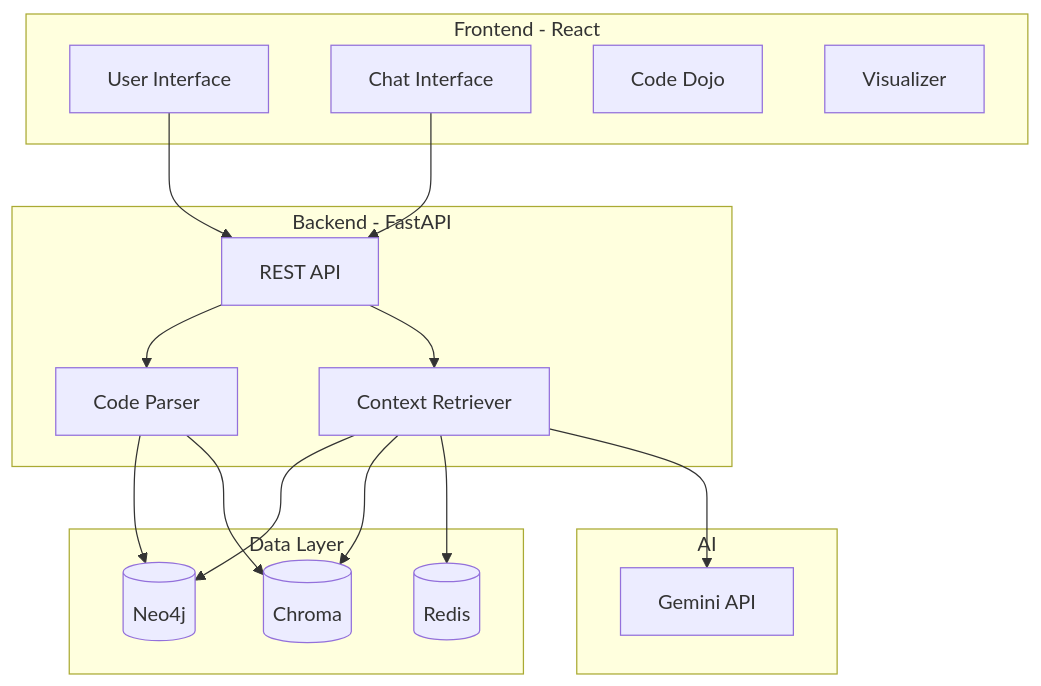
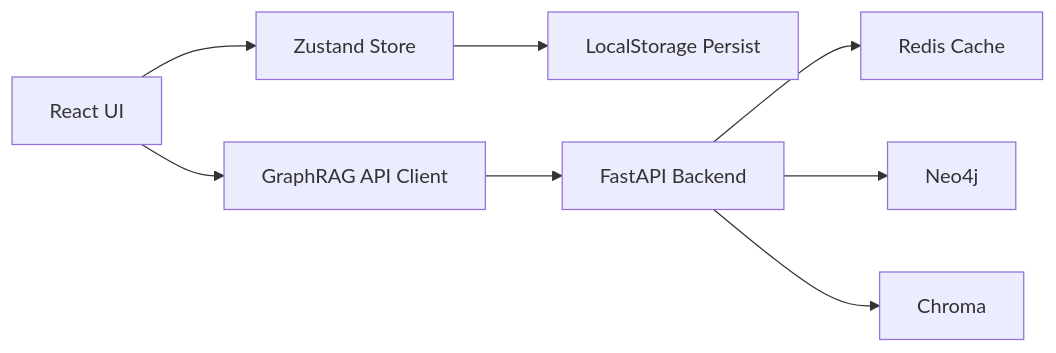
The seventh of 7 diagrams in README.md (Ishan-K9868/socraticDev-final), drawn with Mermaid before and after one commit. The commit also changed other lines of this file, not shown here.

````diff
--- a/README.md
+++ b/README.md
@@ -128,36 +3619,10 @@
 ```mermaid
-graph TB
-    subgraph "Frontend - React"
-        UI[User Interface]
-        CHAT[Chat Interface]
-        DOJO[Code Dojo]
-        VIZ[Visualizer]
-    end
-
-    subgraph "Backend - FastAPI"
-        API[REST API]
-        PARSE[Code Parser]
-        CONTEXT[Context Retriever]
-    end
-
-    subgraph "Data Layer"
-        NEO4J[(Neo4j)]
-        CHROMA[(Chroma)]
-        REDIS[(Redis)]
-    end
-
-    subgraph "AI"
-        GEMINI[Gemini API]
-    end
-
-    UI --> API
-    CHAT --> API
-    API --> PARSE
-    API --> CONTEXT
-    PARSE --> NEO4J
-    PARSE --> CHROMA
-    CONTEXT --> NEO4J
-    CONTEXT --> CHROMA
-    CONTEXT --> REDIS
-    CONTEXT --> GEMINI
+flowchart LR
+  UI[React UI] --> Store[Zustand Store]
+  Store --> Local[LocalStorage Persist]
+  UI --> API[GraphRAG API Client]
+  API --> FastAPI[FastAPI Backend]
+  FastAPI --> Cache[Redis Cache]
+  FastAPI --> Graph[Neo4j]
+  FastAPI --> Vector[Chroma]
 ```
````
